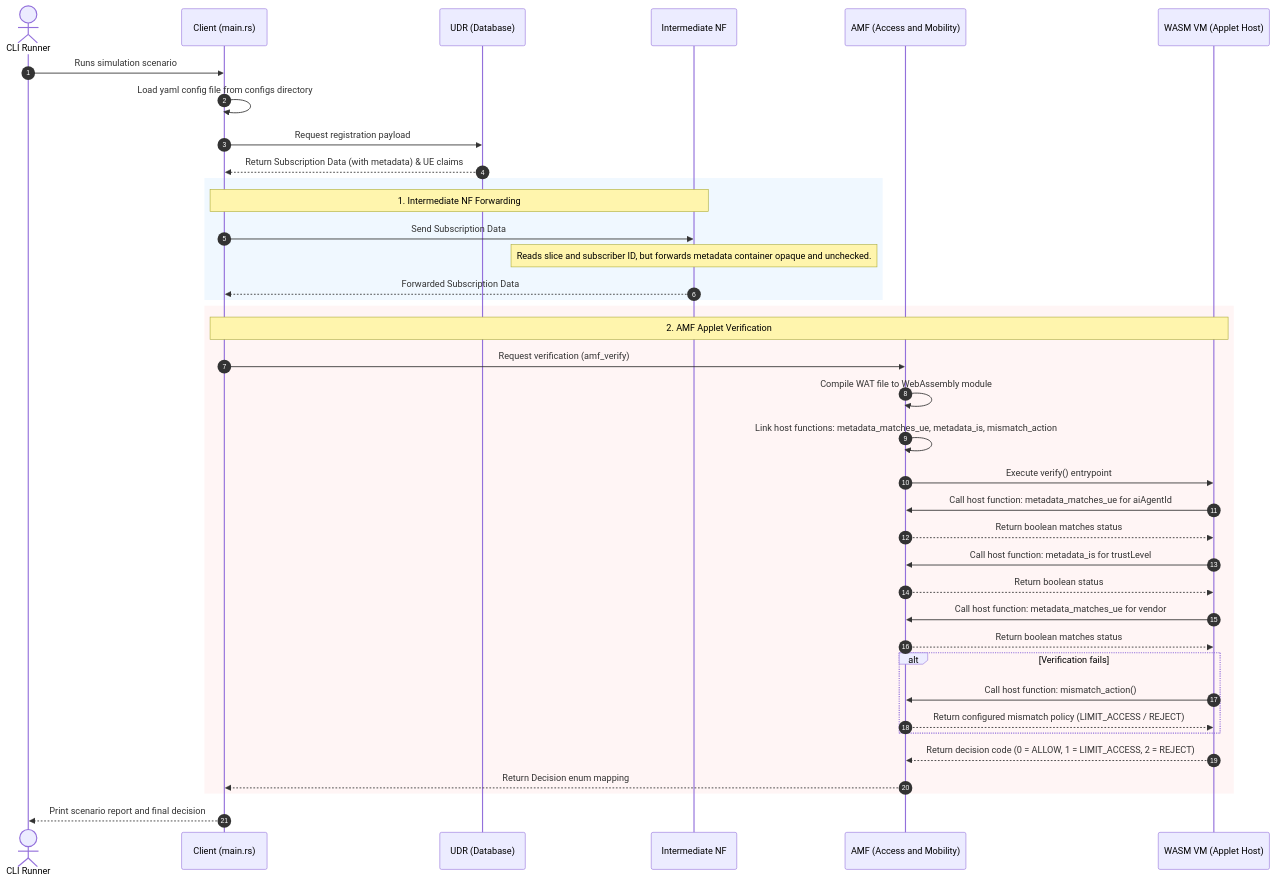
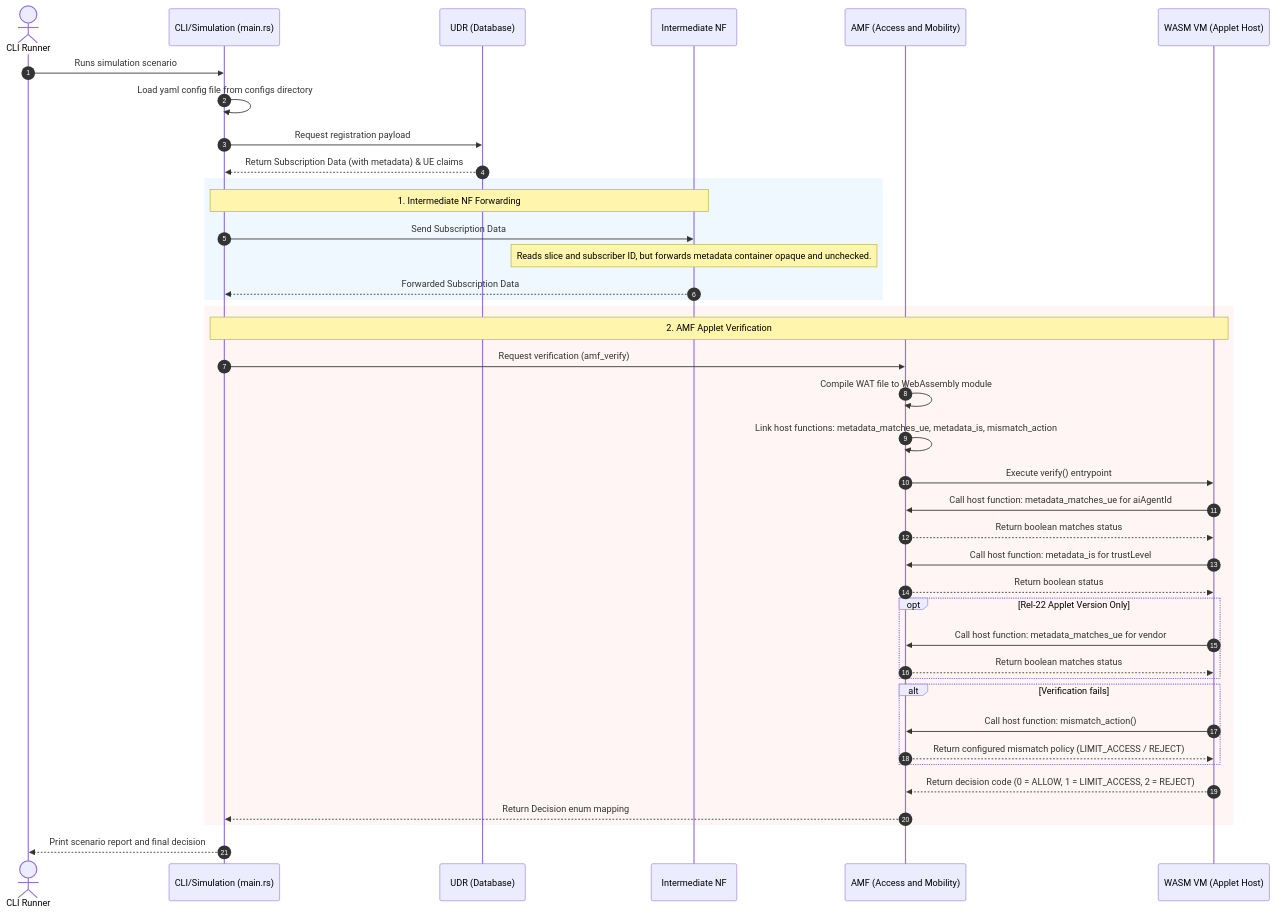
The diagram in README.md (acore2026/programmable-para), drawn with Mermaid before and after one commit. The commit also changed other lines of this file and 6 other files, not shown here.

````diff
--- a/README.md
+++ b/README.md
@@ -44,49 +65,51 @@
 ```mermaid
 sequenceDiagram
     autonumber
     actor User as CLI Runner
-    participant Main as Client (main.rs)
+    participant Main as CLI/Simulation (main.rs)
     participant UDR as UDR (Database)
     participant INF as Intermediate NF
     participant AMF as AMF (Access and Mobility)
     participant WASM as WASM VM (Applet Host)
 
     User->>Main: Runs simulation scenario
     Main->>Main: Load yaml config file from configs directory
     Main->>UDR: Request registration payload
     UDR-->>Main: Return Subscription Data (with metadata) & UE claims
 
     rect rgb(240, 248, 255)
     Note over Main, INF: 1. Intermediate NF Forwarding
     Main->>INF: Send Subscription Data
     Note over INF: Reads slice and subscriber ID, but forwards metadata container opaque and unchecked.
     INF-->>Main: Forwarded Subscription Data
     end
 
     rect rgb(255, 245, 245)
     Note over Main, WASM: 2. AMF Applet Verification
     Main->>AMF: Request verification (amf_verify)
     AMF->>AMF: Compile WAT file to WebAssembly module
     AMF->>AMF: Link host functions: metadata_matches_ue, metadata_is, mismatch_action
     AMF->>WASM: Execute verify() entrypoint
-    
+  
     WASM->>AMF: Call host function: metadata_matches_ue for aiAgentId
     AMF-->>WASM: Return boolean matches status
-    
+  
     WASM->>AMF: Call host function: metadata_is for trustLevel
     AMF-->>WASM: Return boolean status
 
-    WASM->>AMF: Call host function: metadata_matches_ue for vendor
-    AMF-->>WASM: Return boolean matches status
+    opt Rel-22 Applet Version Only
+        WASM->>AMF: Call host function: metadata_matches_ue for vendor
+        AMF-->>WASM: Return boolean matches status
+    end
 
     alt Verification fails
         WASM->>AMF: Call host function: mismatch_action()
         AMF-->>WASM: Return configured mismatch policy (LIMIT_ACCESS / REJECT)
     end
 
     WASM-->>AMF: Return decision code (0 = ALLOW, 1 = LIMIT_ACCESS, 2 = REJECT)
     AMF-->>Main: Return Decision enum mapping
     end
 
     Main-->>User: Print scenario report and final decision
 ```
````
